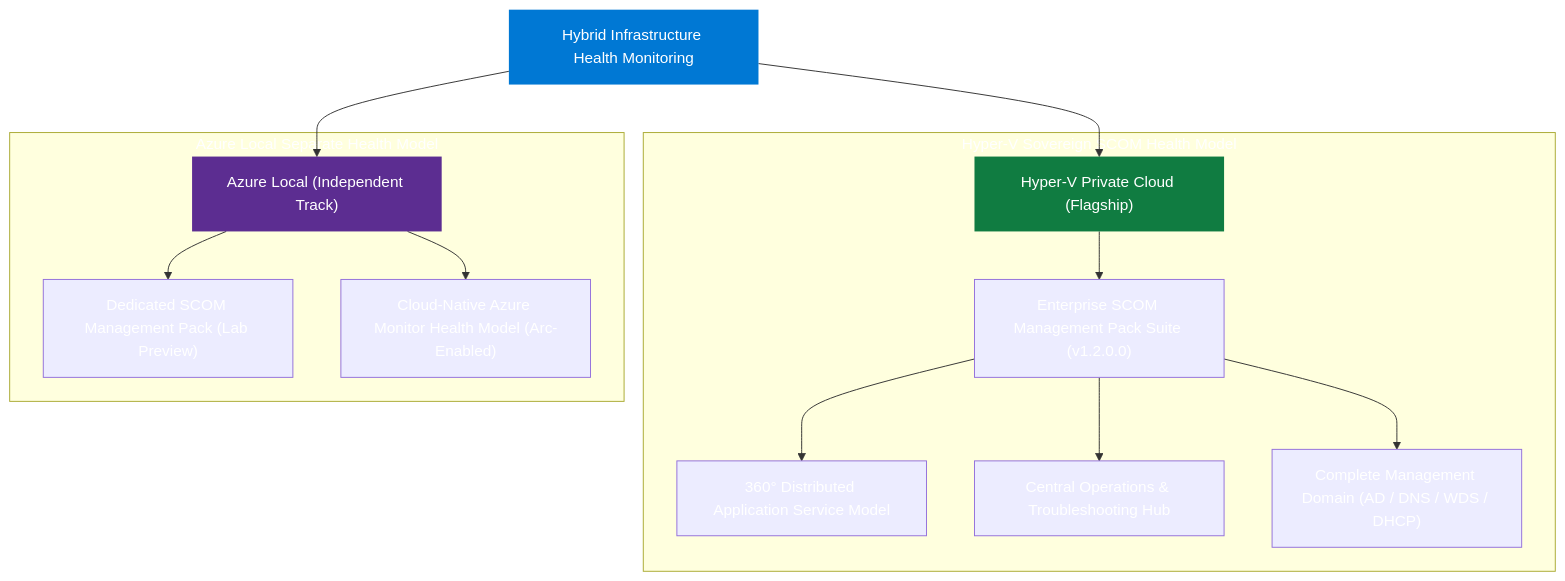
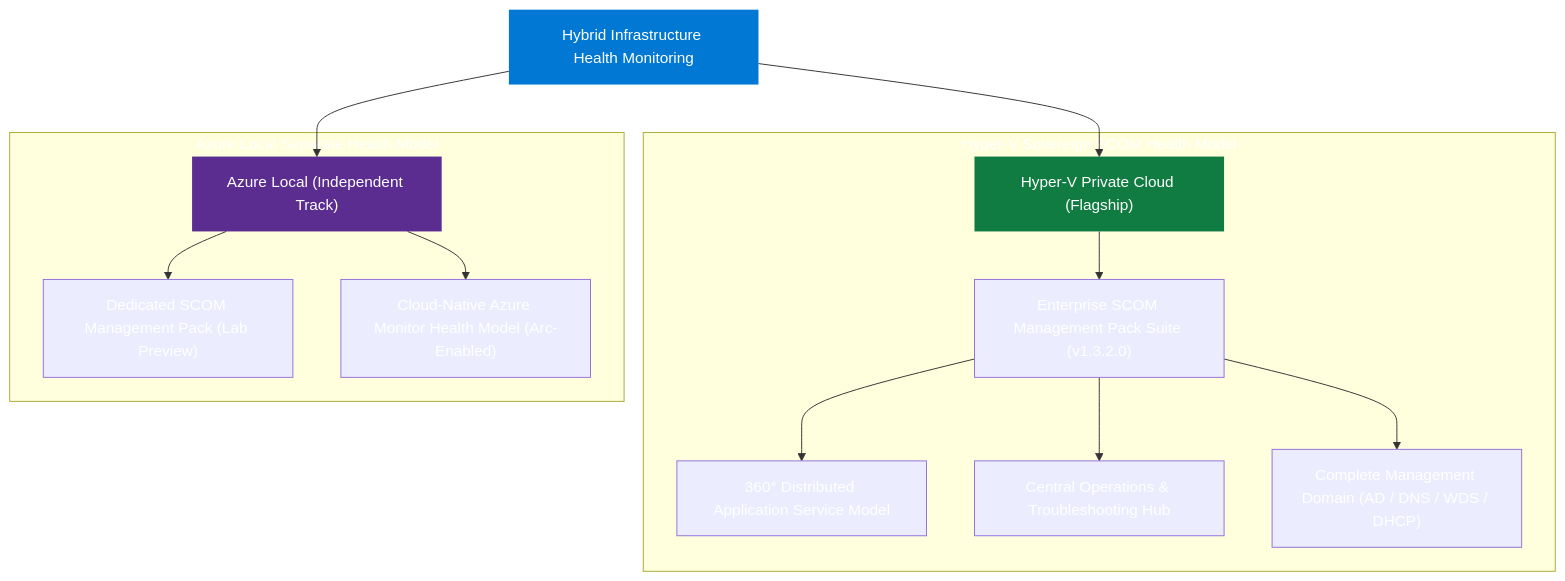
Before and after one commit to Hybrid-Solutions-Cloud/hybrid-health-monitoring: the diagram in docs/index.md, drawn with Mermaid. The commit also changed other lines of this file and 12 other files, not shown here.

````diff
--- a/docs/index.md
+++ b/docs/index.md
@@ -54,22 +54,22 @@
 ```mermaid
 graph TD
     Root["Hybrid Infrastructure Health Monitoring"]:::root
     Root --> HV["Hyper-V Private Cloud (Flagship)"]:::flagship
     Root --> AzL["Azure Local (Independent Track)"]:::independent
 
     subgraph HVTrack["Hyper-V Sovereign SCOM Health Model"]
-        HV --> HVS["Enterprise SCOM Management Pack Suite (v1.2.0.0)"]
+        HV --> HVS["Enterprise SCOM Management Pack Suite (v1.3.2.0)"]
         HVS --> HVDA["360° Distributed Application Service Model"]
         HVS --> HVOps["Central Operations & Troubleshooting Hub"]
         HVS --> HVMgmt["Complete Management Domain (AD / DNS / WDS / DHCP)"]
     end
 
     subgraph AzLTrack["Azure Local Separate Health Model"]
         AzL --> AzLS["Dedicated SCOM Management Pack (Lab Preview)"]
         AzL --> AzLA["Cloud-Native Azure Monitor Health Model (Arc-Enabled)"]
     end
 
     classDef root fill:#0078D4,color:#fff,stroke:none
     classDef flagship fill:#107c41,color:#fff,stroke:none
     classDef independent fill:#5c2d91,color:#fff,stroke:none
 ```
````
